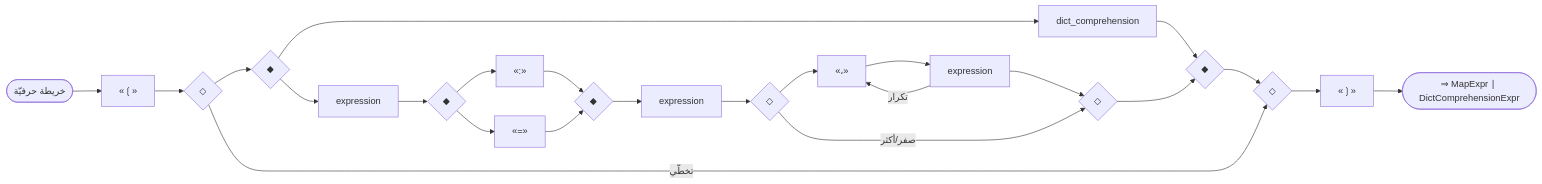
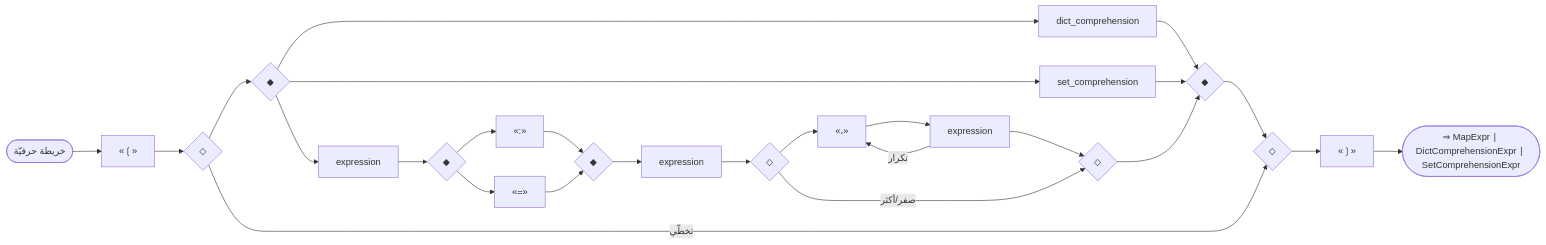
Diagram 51 of 51 in docs/parser_rule/_generated/40_expressions.md (sadlang/sadlang), drawn with Mermaid before and after one commit. The commit also changed other lines of this file and 283 other files, not shown here.

````diff
--- a/docs/parser_rule/_generated/40_expressions.md
+++ b/docs/parser_rule/_generated/40_expressions.md
@@ -1760,45 +1756,48 @@
 ```mermaid
 flowchart LR
   n1(["خريطة حرفيّة"])
   n2["«❲»"]
   n3{"◇"}
   n4{"◇"}
   n5{"◆"}
   n6{"◆"}
   n7["dict_comprehension"]
   n5 --> n7
   n7 --> n6
-  n8["expression"]
-  n9{"◆"}
+  n8["set_comprehension"]
+  n5 --> n8
+  n8 --> n6
+  n9["expression"]
   n10{"◆"}
-  n11["«:»"]
-  n9 --> n11
-  n11 --> n10
-  n12["«=»"]
-  n9 --> n12
-  n12 --> n10
-  n8 --> n9
-  n13["expression"]
+  n11{"◆"}
+  n12["«:»"]
+  n10 --> n12
+  n12 --> n11
+  n13["«=»"]
   n10 --> n13
-  n14{"◇"}
+  n13 --> n11
+  n9 --> n10
+  n14["expression"]
+  n11 --> n14
   n15{"◇"}
-  n16["«،»"]
-  n17["expression"]
-  n16 --> n17
-  n14 --> n16
-  n17 --> n15
-  n17 -- "تكرار" --> n16
-  n14 -- "صفر/أكثر" --> n15
-  n13 --> n14
-  n5 --> n8
-  n15 --> n6
+  n16{"◇"}
+  n17["«،»"]
+  n18["expression"]
+  n17 --> n18
+  n15 --> n17
+  n18 --> n16
+  n18 -- "تكرار" --> n17
+  n15 -- "صفر/أكثر" --> n16
+  n14 --> n15
+  n5 --> n9
+  n16 --> n6
   n3 --> n5
   n6 --> n4
   n3 -- "تخطّي" --> n4
   n2 --> n3
-  n18["«❳»"]
-  n4 --> n18
+  n19["«❳»"]
+  n4 --> n19
   n1 --> n2
-  n19(["⇒ MapExpr ∣ DictComprehensionExpr"])
-  n18 --> n19
+  n20(["⇒ MapExpr ∣ DictComprehensionExpr ∣ SetComprehensionExpr"])
+  n19 --> n20
 ```
````
